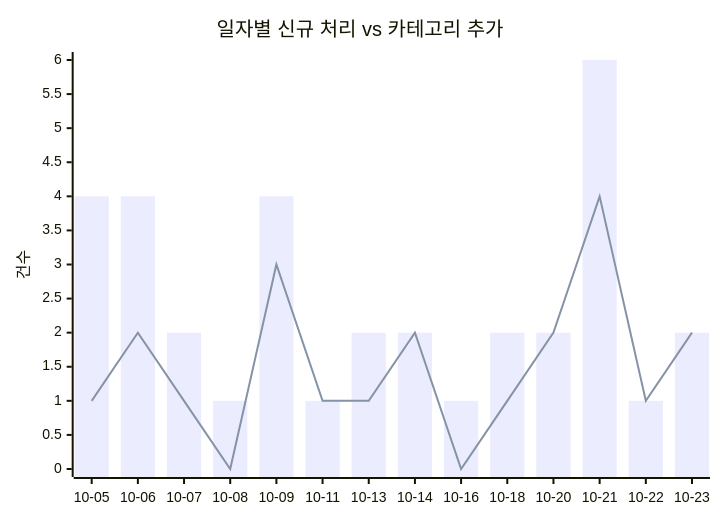
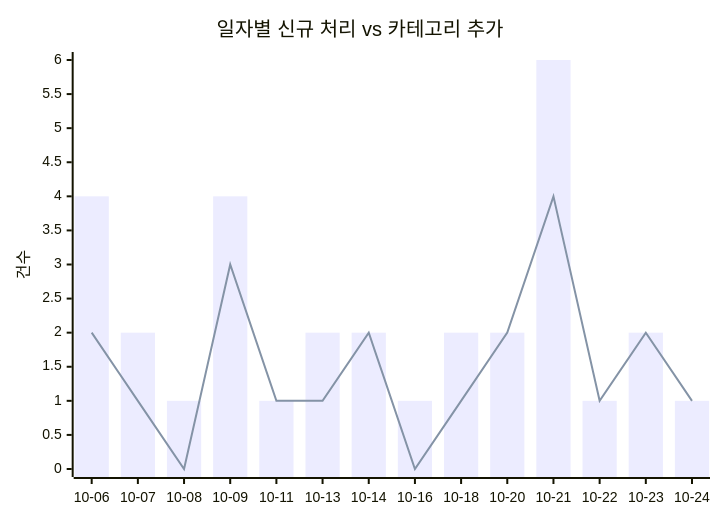
One commit to J-nowcow/awesome-korean-agent-skills changed the first of 2 diagrams in docs/trends.md. Above: the diagram before and after it, drawn with Mermaid. The commit also changed other lines of this file and 4 other files, not shown here.

````diff
--- a/docs/trends.md
+++ b/docs/trends.md
@@ -32,8 +32,8 @@
 ```mermaid
 xychart-beta
     title "일자별 신규 처리 vs 카테고리 추가"
-    x-axis ["10-05","10-06","10-07","10-08","10-09","10-11","10-13","10-14","10-16","10-18","10-20","10-21","10-22","10-23"]
+    x-axis ["10-06","10-07","10-08","10-09","10-11","10-13","10-14","10-16","10-18","10-20","10-21","10-22","10-23","10-24"]
     y-axis "건수"
-    bar [4,4,2,1,4,1,2,2,1,2,2,6,1,2]
-    line [1,2,1,0,3,1,1,2,0,1,2,4,1,2]
+    bar [4,2,1,4,1,2,2,1,2,2,6,1,2,1]
+    line [2,1,0,3,1,1,2,0,1,2,4,1,2,1]
 ```
````
